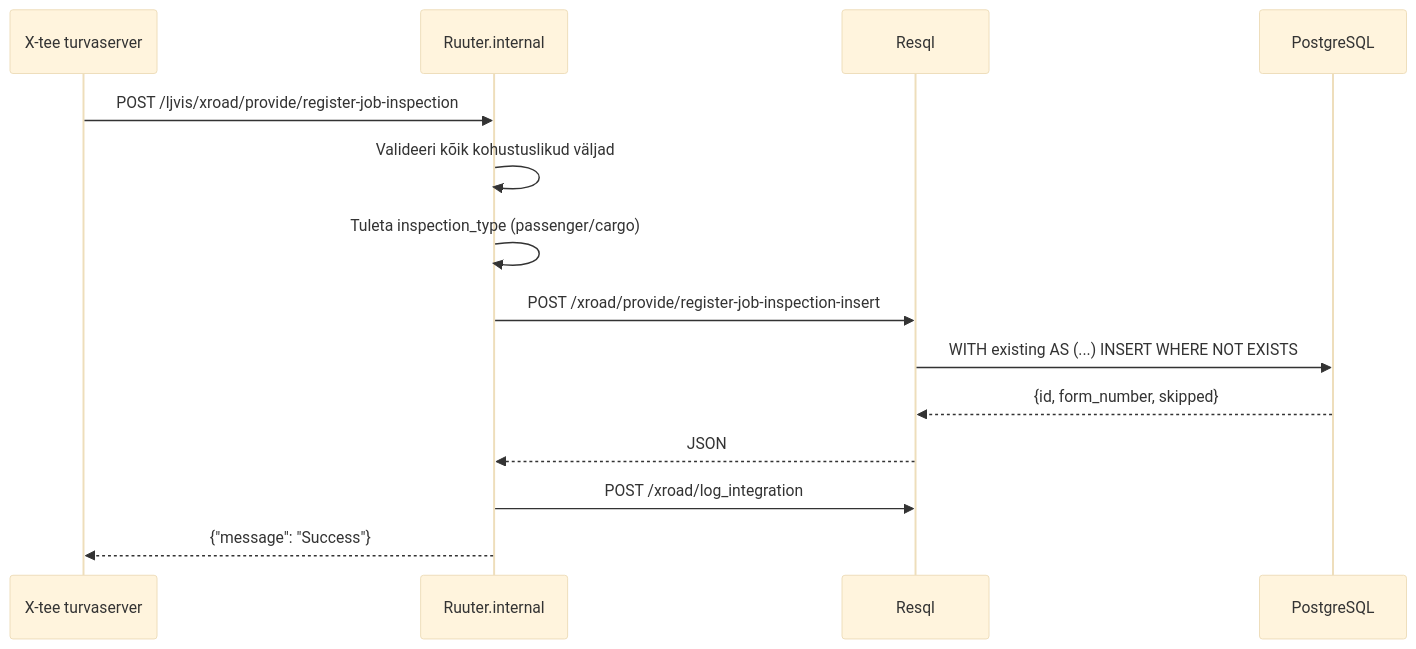
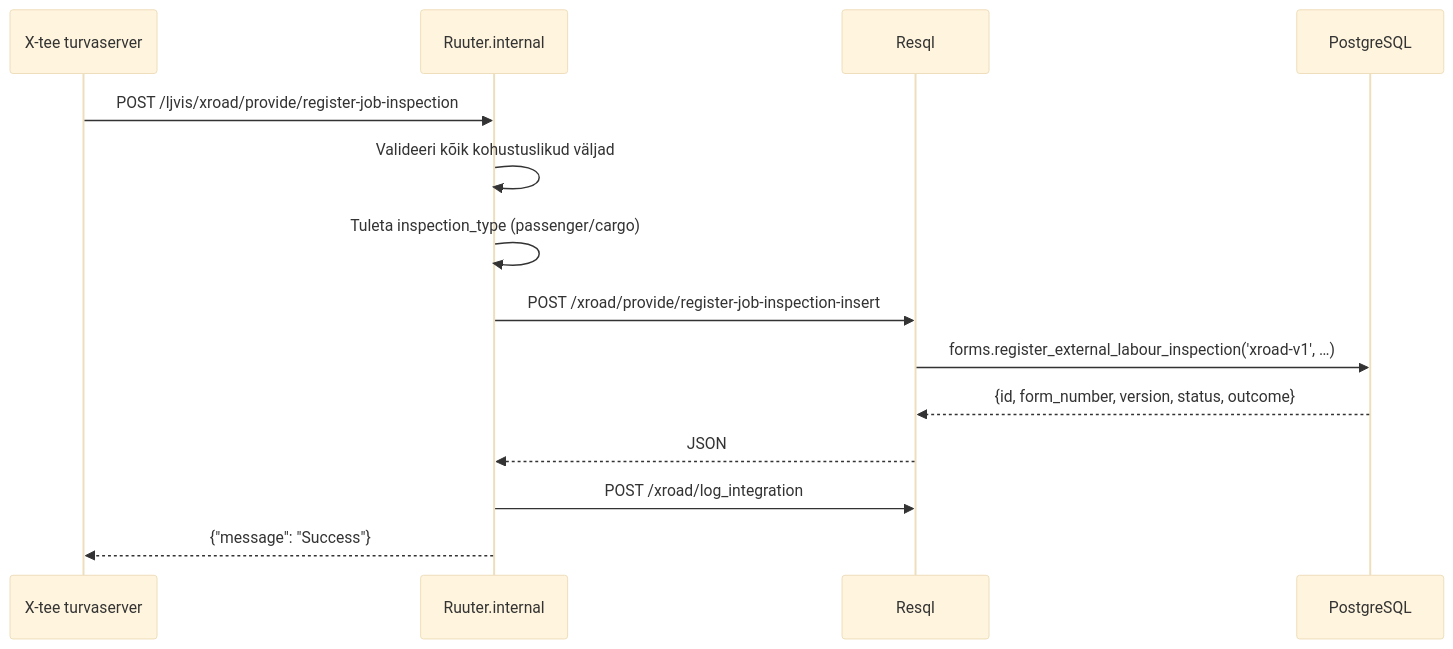
The diagram in docs/xtee/05-register-job-inspection.md (kemit-ee/ljvis-2), drawn with Mermaid (base theme) before and after one commit. The commit also changed other lines of this file and 50 other files, not shown here.

````diff
--- a/docs/xtee/05-register-job-inspection.md
+++ b/docs/xtee/05-register-job-inspection.md
@@ -45,17 +45,17 @@
 ```mermaid
 sequenceDiagram
     participant VS as X-tee turvaserver
     participant RI as Ruuter.internal
     participant RS as Resql
     participant DB as PostgreSQL
 
     VS->>RI: POST /ljvis/xroad/provide/register-job-inspection
     RI->>RI: Valideeri kõik kohustuslikud väljad
     RI->>RI: Tuleta inspection_type (passenger/cargo)
     RI->>RS: POST /xroad/provide/register-job-inspection-insert
-    RS->>DB: WITH existing AS (...) INSERT WHERE NOT EXISTS
-    DB-->>RS: {id, form_number, skipped}
+    RS->>DB: forms.register_external_labour_inspection('xroad-v1', …)
+    DB-->>RS: {id, form_number, version, status, outcome}
     RS-->>RI: JSON
     RI->>RS: POST /xroad/log_integration
     RI-->>VS: {"message": "Success"}
 ```
````
